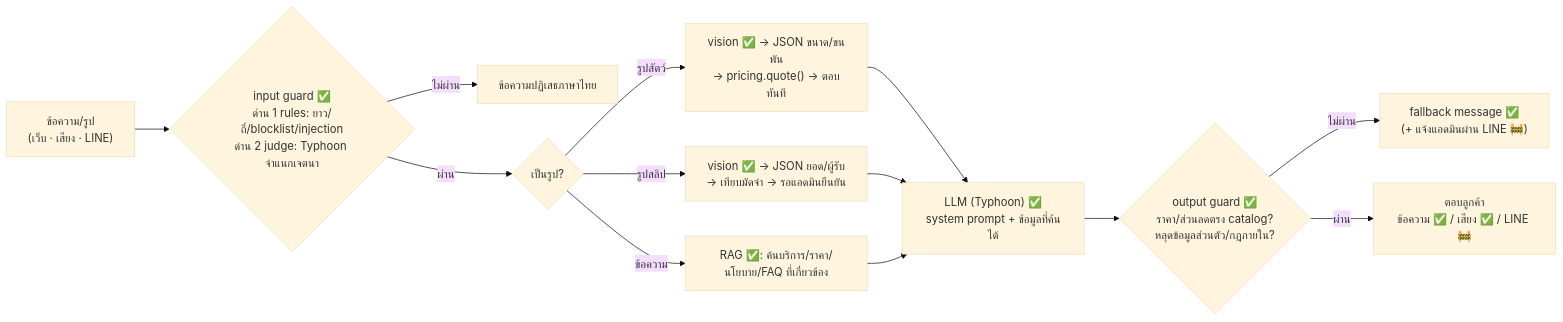
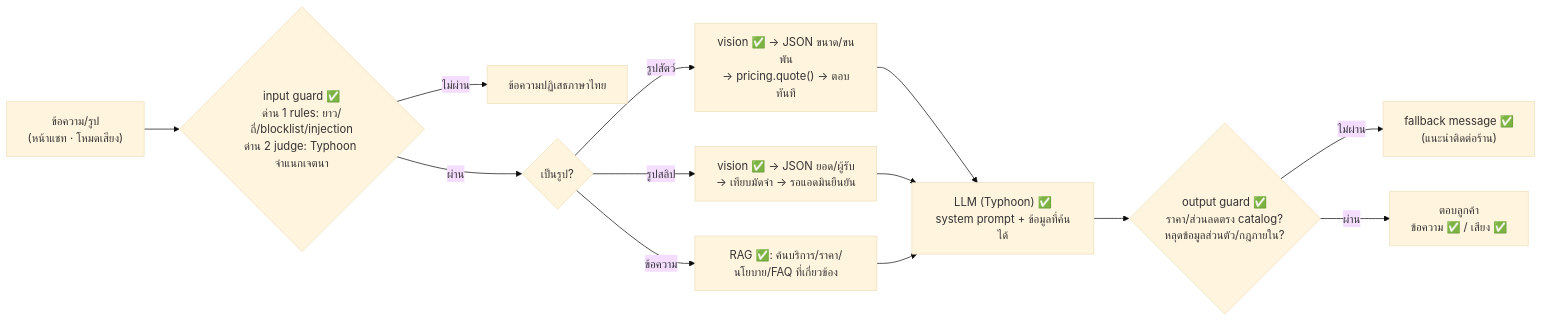
One commit to Myname30275/Project-chatbot changed the third of 4 diagrams in docs/system-architecture.md. Above: the diagram before and after it, drawn with Mermaid (base theme). The commit also changed other lines of this file and 7 other files, not shown here.

````diff
--- a/docs/system-architecture.md
+++ b/docs/system-architecture.md
@@ -209,15 +204,15 @@
 ```mermaid
 flowchart LR
-    M["ข้อความ/รูป<br/>(เว็บ · เสียง · LINE)"] --> G1{"input guard ✅<br/>ด่าน 1 rules: ยาว/ถี่/blocklist/injection<br/>ด่าน 2 judge: Typhoon จำแนกเจตนา"}
+    M["ข้อความ/รูป<br/>(หน้าแชท · โหมดเสียง)"] --> G1{"input guard ✅<br/>ด่าน 1 rules: ยาว/ถี่/blocklist/injection<br/>ด่าน 2 judge: Typhoon จำแนกเจตนา"}
     G1 -- ไม่ผ่าน --> R1["ข้อความปฏิเสธภาษาไทย"]
     G1 -- ผ่าน --> K{"เป็นรูป?"}
     K -- รูปสัตว์ --> P["vision ✅ → JSON ขนาด/ขนพัน<br/>→ pricing.quote() → ตอบทันที"]
     K -- รูปสลิป --> S["vision ✅ → JSON ยอด/ผู้รับ<br/>→ เทียบมัดจำ → รอแอดมินยืนยัน"]
     K -- ข้อความ --> Q["RAG ✅: ค้นบริการ/ราคา/นโยบาย/FAQ ที่เกี่ยวข้อง"]
     P --> L["LLM (Typhoon) ✅<br/>system prompt + ข้อมูลที่ค้นได้"]
     S --> L
     Q --> L
     L --> G2{"output guard ✅<br/>ราคา/ส่วนลดตรง catalog?<br/>หลุดข้อมูลส่วนตัว/กฎภายใน?"}
-    G2 -- ไม่ผ่าน --> R2["fallback message ✅<br/>(+ แจ้งแอดมินผ่าน LINE 🚧)"]
-    G2 -- ผ่าน --> OUT["ตอบลูกค้า<br/>ข้อความ ✅ / เสียง ✅ / LINE 🚧"]
+    G2 -- ไม่ผ่าน --> R2["fallback message ✅<br/>(แนะนำติดต่อร้าน)"]
+    G2 -- ผ่าน --> OUT["ตอบลูกค้า<br/>ข้อความ ✅ / เสียง ✅"]
 ```
````
